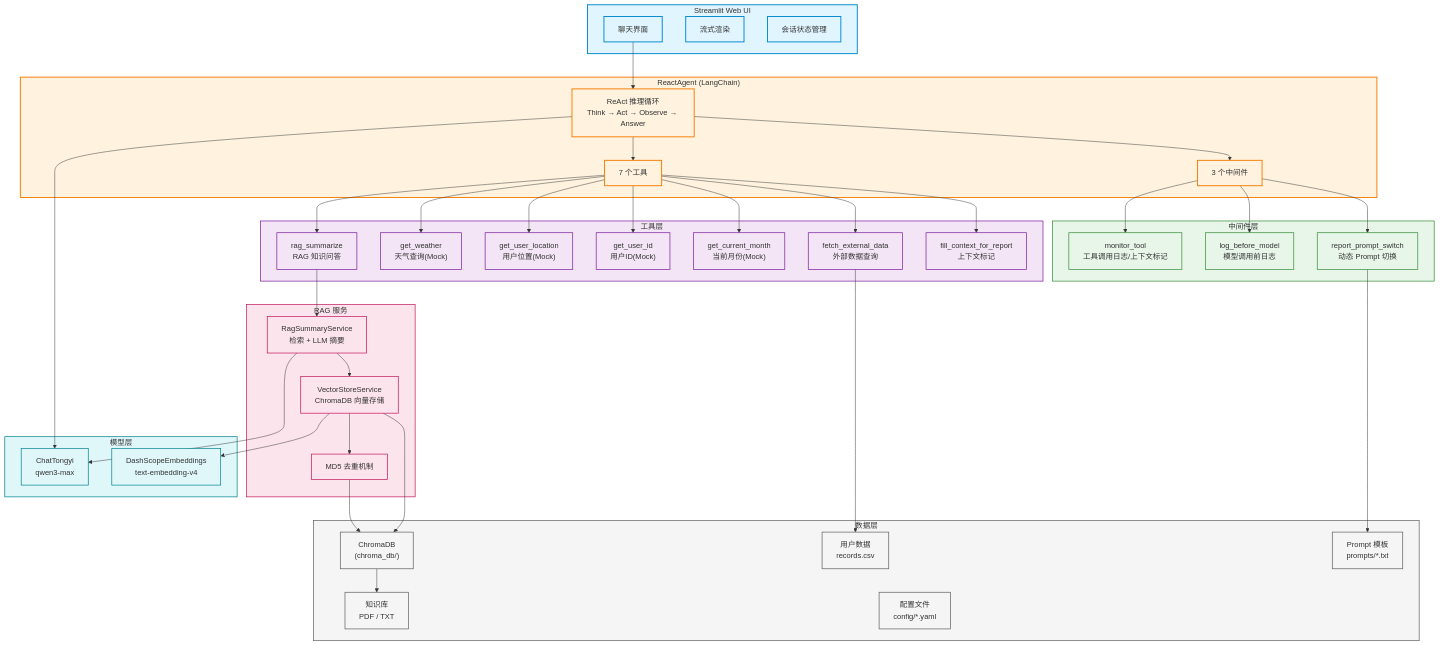
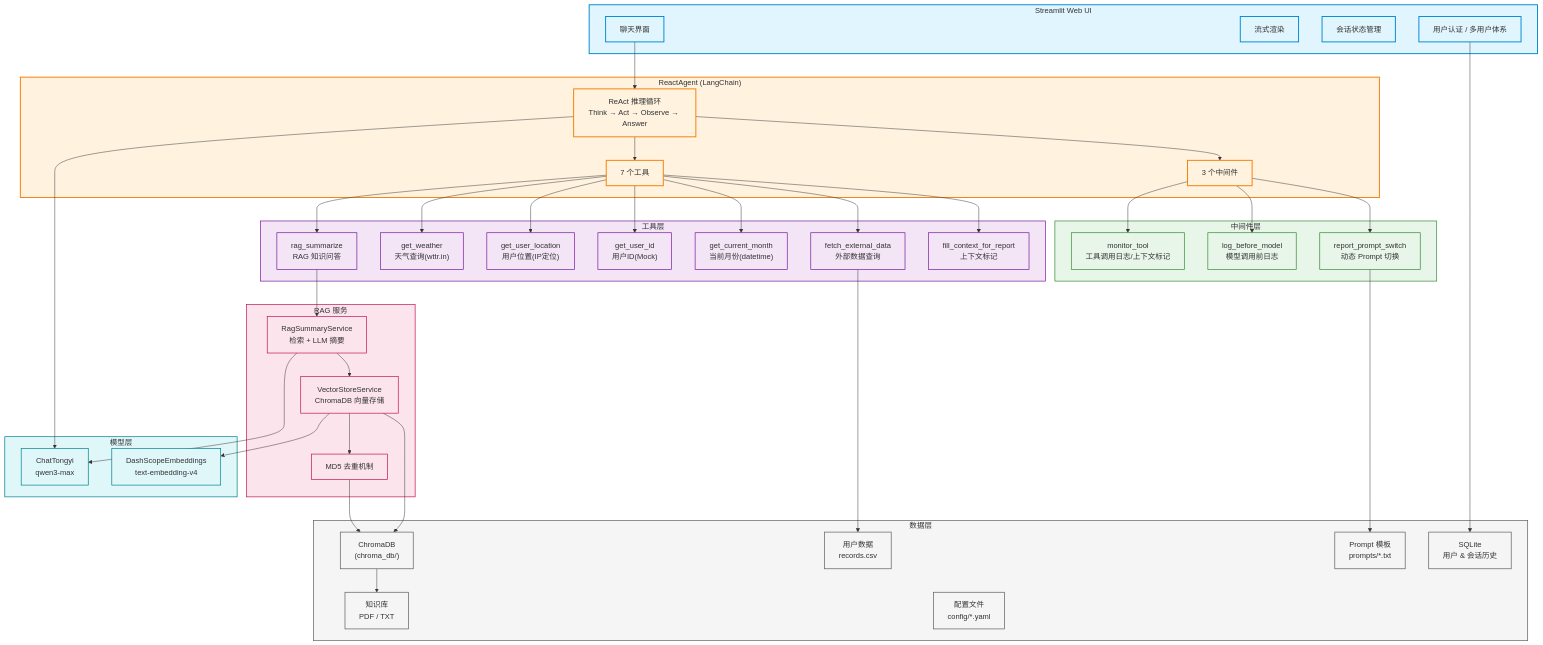
Before and after one commit to EffortsToTheBald/ai-agent: the first of 6 diagrams in README.md, drawn with Mermaid. The commit also changed other lines of this file and 6 other files, not shown here.

````diff
--- a/README.md
+++ b/README.md
@@ -17,6 +17,7 @@
         A["聊天界面"]
         B["流式渲染"]
         C["会话状态管理"]
+        AU["用户认证 / 多用户体系"]
     end
 
     subgraph Agent["ReactAgent (LangChain)"]
@@ -27,10 +28,10 @@
 
     subgraph Tools["工具层"]
         T1["rag_summarize<br/>RAG 知识问答"]
-        T2["get_weather<br/>天气查询(Mock)"]
-        T3["get_user_location<br/>用户位置(Mock)"]
+        T2["get_weather<br/>天气查询(wttr.in)"]
+        T3["get_user_location<br/>用户位置(IP定位)"]
         T4["get_user_id<br/>用户ID(Mock)"]
-        T5["get_current_month<br/>当前月份(Mock)"]
+        T5["get_current_month<br/>当前月份(datetime)"]
         T6["fetch_external_data<br/>外部数据查询"]
         T7["fill_context_for_report<br/>上下文标记"]
     end
@@ -53,6 +54,7 @@
         DB3["用户数据<br/>records.csv"]
         DB4["配置文件<br/>config/*.yaml"]
         DB5["Prompt 模板<br/>prompts/*.txt"]
+        DB6["SQLite<br/>用户 & 会话历史"]
     end
 
     subgraph Model["模型层"]
@@ -61,6 +63,7 @@
     end
 
     A --> D
+    AU --> DB6
     D --> E
     E --> T1 & T2 & T3 & T4 & T5 & T6 & T7
     D --> F
@@ -89,11 +92,11 @@
     classDef data fill:#f5f5f5,stroke:#616161,stroke-width:1.5px
     classDef model fill:#e0f7fa,stroke:#00838f,stroke-width:1.5px
 
-    class UI,A,B,C ui
+    class UI,A,B,C,AU ui
     class Agent,D,E,F agent
     class Tools,T1,T2,T3,T4,T5,T6,T7 tools
     class Middleware,M1,M2,M3 middleware
     class RAG,R1,R2,R3 rag
-    class Data,DB1,DB2,DB3,DB4,DB5 data
+    class Data,DB1,DB2,DB3,DB4,DB5,DB6 data
     class Model,ML1,ML2 model
 ```
````
